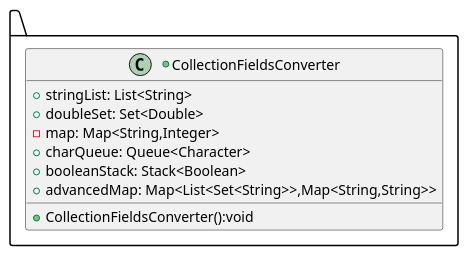
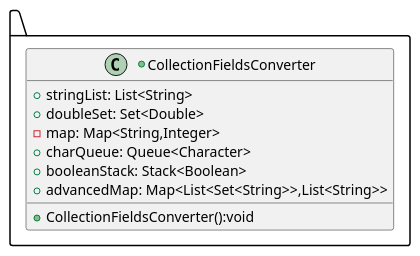
The diagram in CorrectPUMLs/CollectionFieldsConverter/CollectionFieldsConverter.puml (abeGizaw/JavaUMLCreator), drawn with PlantUML before and after one commit. The commit also changed 1 other file, not shown here.

```diff
--- a/CorrectPUMLs/CollectionFieldsConverter/CollectionFieldsConverter.puml
+++ b/CorrectPUMLs/CollectionFieldsConverter/CollectionFieldsConverter.puml
@@ -1,14 +1,14 @@
 @startuml
 package .. {
 	+class CollectionFieldsConverter{
 	+ stringList: List<String>
 	+ doubleSet: Set<Double>
 	- map: Map<String,Integer>
 	+ charQueue: Queue<Character>
 	+ booleanStack: Stack<Boolean>
-	+ advancedMap: Map<List<Set<String>>,Map<String,String>>
+	+ advancedMap: Map<List<Set<String>>,List<String>>
 	+CollectionFieldsConverter():void
 	}
 
 }
 @enduml
```
